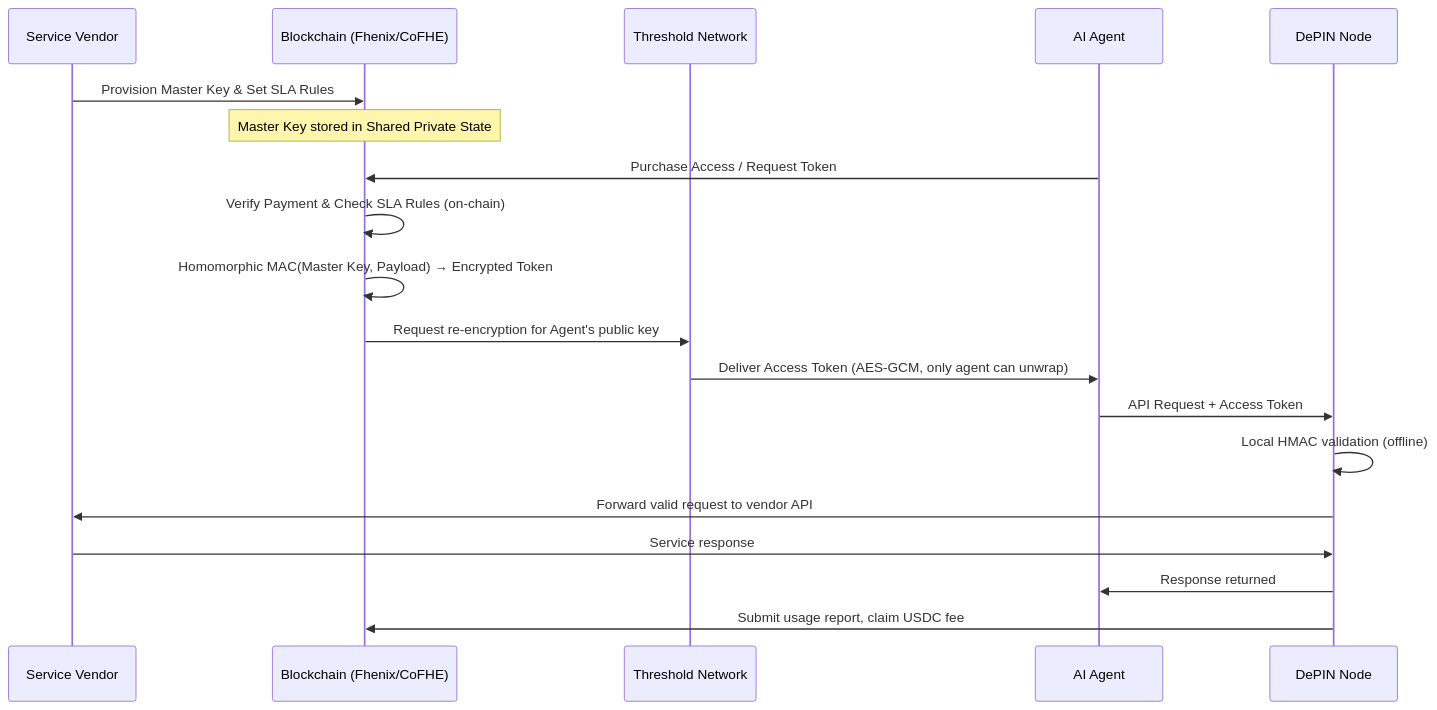
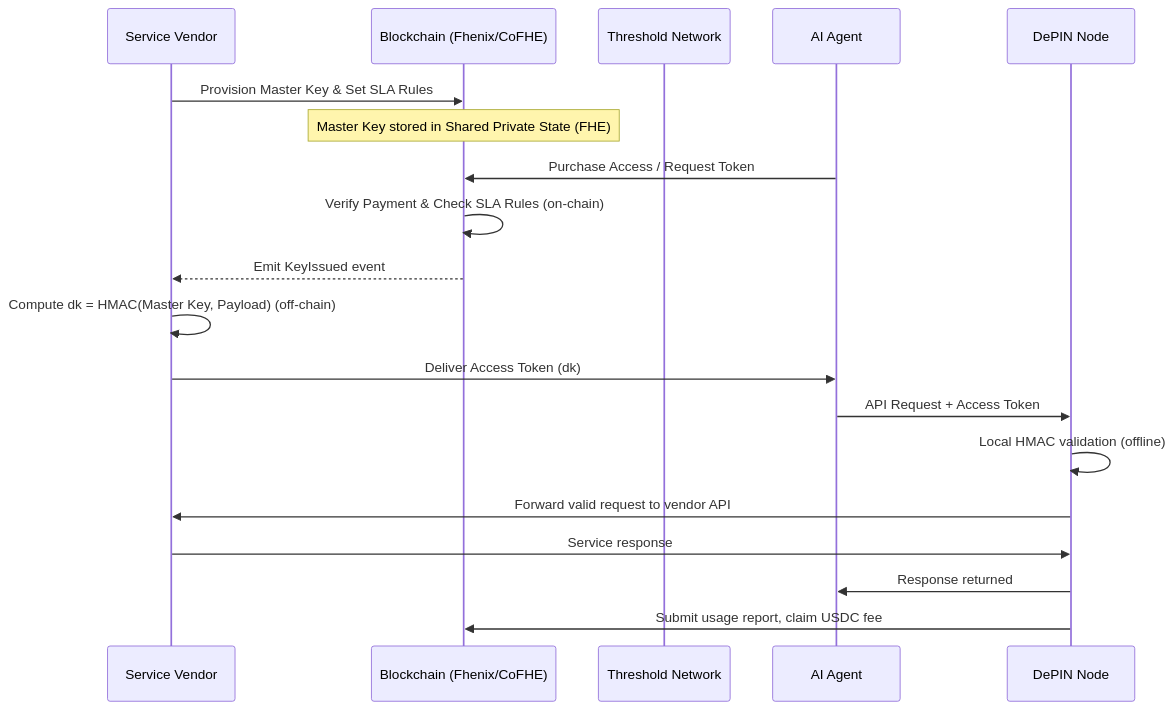
Before and after one commit to imajus/fhe402: the diagram in docs/Requirements.md, drawn with Mermaid. The commit also changed other lines of this file, not shown here.

````diff
--- a/docs/Requirements.md
+++ b/docs/Requirements.md
@@ -104,24 +105,25 @@
 ```mermaid
 sequenceDiagram
     participant V as Service Vendor
     participant BC as Blockchain (Fhenix/CoFHE)
     participant TSN as Threshold Network
     participant A as AI Agent
     participant D as DePIN Node
     
     V->>BC: Provision Master Key & Set SLA Rules
-    Note over BC: Master Key stored in Shared Private State
+    Note over BC: Master Key stored in Shared Private State (FHE)
     
     A->>BC: Purchase Access / Request Token
     BC->>BC: Verify Payment & Check SLA Rules (on-chain)
-    BC->>BC: Homomorphic MAC(Master Key, Payload) → Encrypted Token
-    BC->>TSN: Request re-encryption for Agent's public key
-    TSN->>A: Deliver Access Token (AES-GCM, only agent can unwrap)
+    BC-->>V: Emit KeyIssued event
+    
+    V->>V: Compute dk = HMAC(Master Key, Payload) (off-chain)
+    V->>A: Deliver Access Token (dk)
     
     A->>D: API Request + Access Token
     D->>D: Local HMAC validation (offline)
     D->>V: Forward valid request to vendor API
     V->>D: Service response
     D->>A: Response returned
     D->>BC: Submit usage report, claim USDC fee
 ```
````
